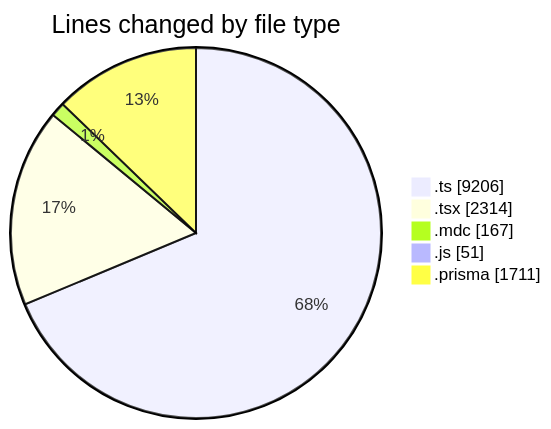
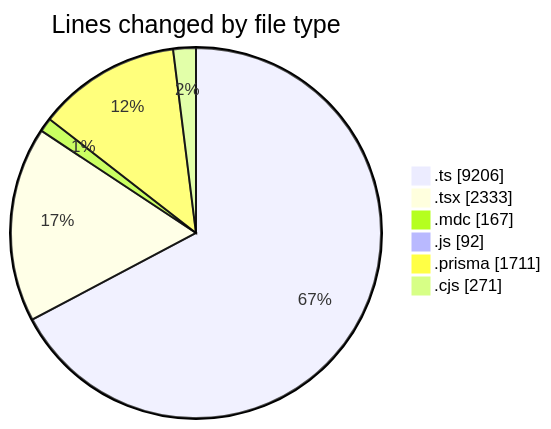
The first of 2 diagrams in 2025-06-06/ecodeli-1/README.md (CELIANVF/code-tracking), drawn with Mermaid before and after one commit. The commit also changed other lines of this file and 1 other file, not shown here.

````diff
--- a/2025-06-06/ecodeli-1/README.md
+++ b/2025-06-06/ecodeli-1/README.md
@@ -50,9 +55,10 @@
 ```mermaid
 pie showData
 title Lines changed by file type
 ".ts" : 9206
-".tsx" : 2314
+".tsx" : 2333
 ".mdc" : 167
-".js" : 51
+".js" : 92
 ".prisma" : 1711
+".cjs" : 271
 ```
````
